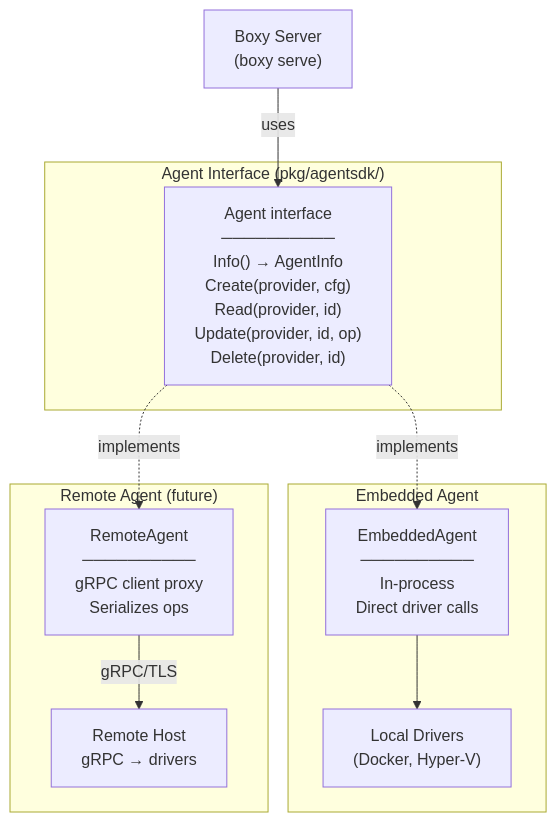
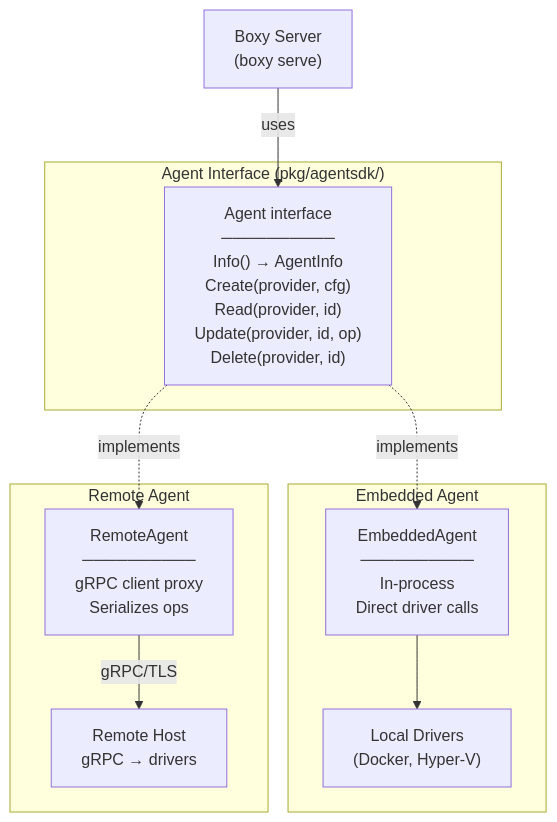
Before and after one commit to Geogboe/boxy: the seventh of 12 diagrams in docs/architecture.md, drawn with Mermaid. The commit also changed other lines of this file and 5 other files, not shown here.

````diff
--- a/docs/architecture.md
+++ b/docs/architecture.md
@@ -306,24 +309,24 @@
 ```mermaid
 graph TB
     Server["Boxy Server<br/>(boxy serve)"]
 
     subgraph "Agent Interface (pkg/agentsdk/)"
         AgentIF["Agent interface<br/>──────────<br/>Info() → AgentInfo<br/>Create(provider, cfg)<br/>Read(provider, id)<br/>Update(provider, id, op)<br/>Delete(provider, id)"]
     end
 
     subgraph "Embedded Agent"
         EmbeddedAgent["EmbeddedAgent<br/>──────────<br/>In-process<br/>Direct driver calls"]
         LocalDrivers["Local Drivers<br/>(Docker, Hyper-V)"]
     end
 
-    subgraph "Remote Agent (future)"
+    subgraph "Remote Agent"
         RemoteAgent["RemoteAgent<br/>──────────<br/>gRPC client proxy<br/>Serializes ops"]
         RemoteHost["Remote Host<br/>gRPC → drivers"]
     end
 
     Server -->|"uses"| AgentIF
     AgentIF -.->|implements| EmbeddedAgent
     AgentIF -.->|implements| RemoteAgent
     EmbeddedAgent --> LocalDrivers
     RemoteAgent -->|"gRPC/TLS"| RemoteHost
 ```
````
